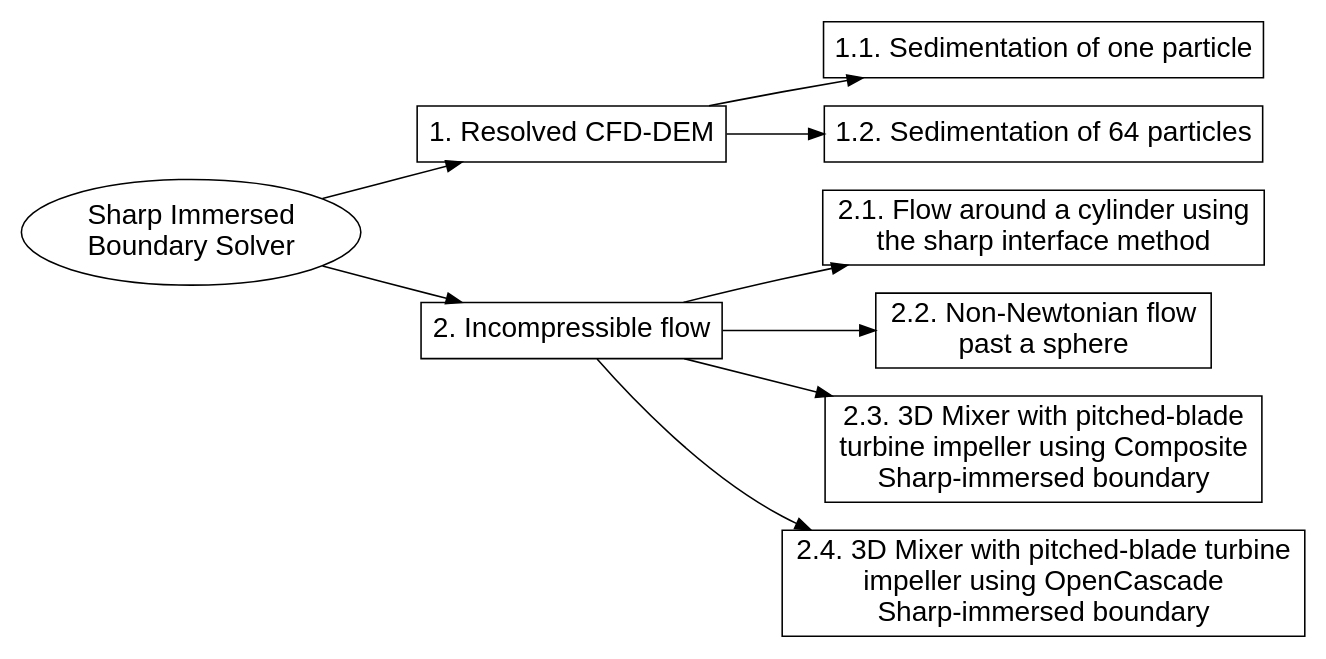
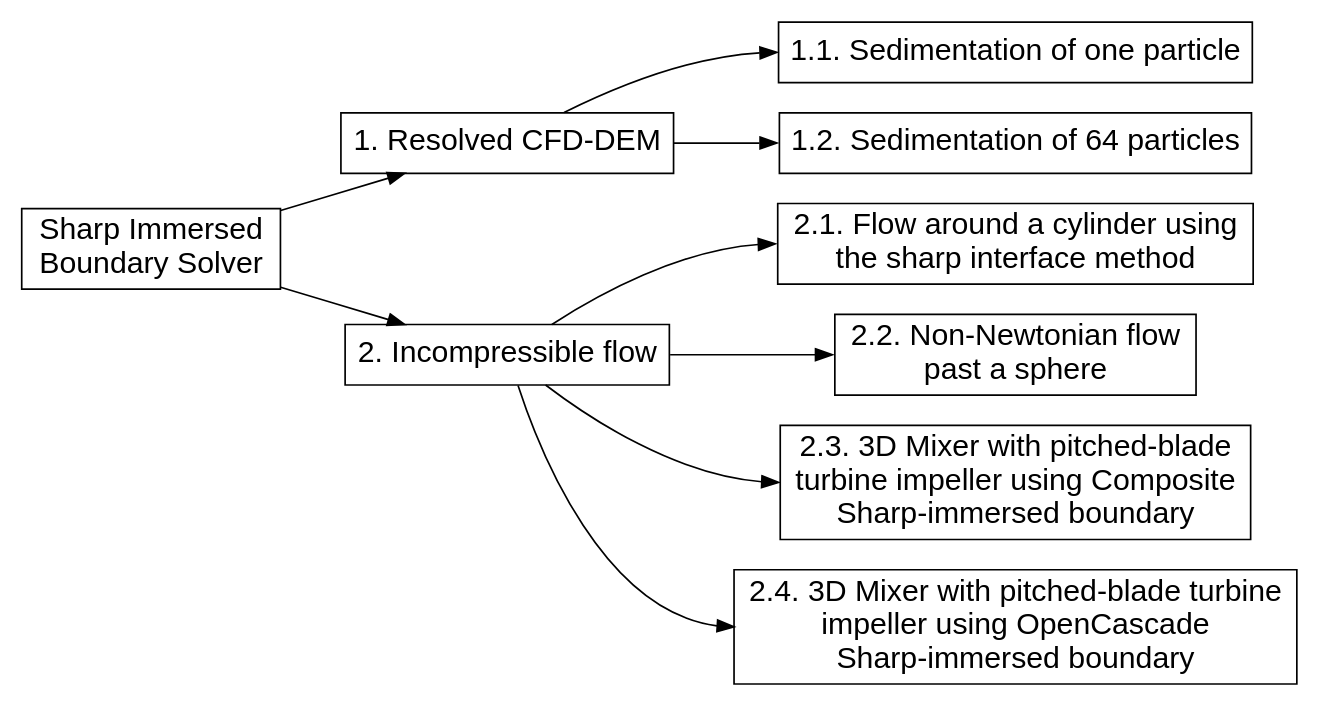
The diagram in doc/source/examples/sharp-immersed-boundary-solver/sharp-immersed-boundary-solver.rst (chaos-polymtl/lethe), drawn with Graphviz before and after one commit. The commit also changed other lines of this file and 5 other files, not shown here.

```diff
--- a/doc/source/examples/sharp-immersed-boundary-solver/sharp-immersed-boundary-solver.rst
+++ b/doc/source/examples/sharp-immersed-boundary-solver/sharp-immersed-boundary-solver.rst
@@ -13,39 +14,39 @@
 .. graphviz:: 
 
     digraph sharp_diagram {
       graph [align=true];
-      node [fontname=Arial, fontsize=18];
+      node [fontname=Arial, fontsize=18, shape=box];
       center=true;
       fontname="Comic Sans MS";
       fontsize = "20";
       rankdir="LR";
       size = "9,9";
       
       sharp_immersed_boundary_solver [label="Sharp Immersed \nBoundary Solver", href="https://lethe-cfd.github.io/lethe/examples/sharp-immersed-boundary-solver/sharp-immersed-boundary-solver.html"];
 
-      sharp_1 [label="1. Resolved CFD-DEM",shape=polygon,sides=4, href="https://lethe-cfd.github.io/lethe/examples/sharp-immersed-boundary-solver/resolved-cfd-dem.html"];   
+      sharp_1 [label="1. Resolved CFD-DEM", href="https://lethe-cfd.github.io/lethe/examples/sharp-immersed-boundary-solver/resolved-cfd-dem.html"];   
 
-      sharp_1_1 [label="1.1. Sedimentation of one particle",shape=polygon,sides=4, href="https://lethe-cfd.github.io/lethe/examples/sharp-immersed-boundary-solver/sedimentation-1-particle/sedimentation-1-particle.html"]; 
+      sharp_1_1 [label="1.1. Sedimentation of one particle", href="https://lethe-cfd.github.io/lethe/examples/sharp-immersed-boundary-solver/sedimentation-1-particle/sedimentation-1-particle.html"]; 
 
-      sharp_1_2 [label="1.2. Sedimentation of 64 particles",shape=polygon,sides=4, href="https://lethe-cfd.github.io/lethe/examples/sharp-immersed-boundary-solver/sedimentation-64-particles/sedimentation-64-particles.html"]; 
+      sharp_1_2 [label="1.2. Sedimentation of 64 particles", href="https://lethe-cfd.github.io/lethe/examples/sharp-immersed-boundary-solver/sedimentation-64-particles/sedimentation-64-particles.html"]; 
 
-      sharp_2 [label="2. Incompressible flow",shape=polygon,sides=4, href="https://lethe-cfd.github.io/lethe/examples/sharp-immersed-boundary-solver/incompressible-flow.html"];  
+      sharp_2 [label="2. Incompressible flow", href="https://lethe-cfd.github.io/lethe/examples/sharp-immersed-boundary-solver/incompressible-flow.html"];  
 
-      sharp_2_1 [label="2.1. Flow around a cylinder using \nthe sharp interface method",shape=polygon,sides=4, href="https://lethe-cfd.github.io/lethe/examples/sharp-immersed-boundary-solver/cylinder-with-sharp-interface/cylinder-with-sharp-interface.html"]; 
+      sharp_2_1 [label="2.1. Flow around a cylinder using \nthe sharp interface method", href="https://lethe-cfd.github.io/lethe/examples/sharp-immersed-boundary-solver/cylinder-with-sharp-interface/cylinder-with-sharp-interface.html"]; 
 
-      sharp_2_2 [label="2.2. Non-Newtonian flow \npast a sphere",shape=polygon,sides=4, href="https://lethe-cfd.github.io/lethe/examples/sharp-immersed-boundary-solver/sphere-carreau-with-sharp-interface/sphere-carreau-with-sharp-interface.html"]; 
+      sharp_2_2 [label="2.2. Non-Newtonian flow \npast a sphere", href="https://lethe-cfd.github.io/lethe/examples/sharp-immersed-boundary-solver/sphere-carreau-with-sharp-interface/sphere-carreau-with-sharp-interface.html"]; 
 
-      sharp_2_3 [label="2.3. 3D Mixer with pitched-blade \nturbine impeller using Composite \nSharp-immersed boundary",shape=polygon,sides=4, href="https://lethe-cfd.github.io/lethe/examples/sharp-immersed-boundary-solver/3d-composite-mixer-with-pbt-impeller/3d-composite-mixer-with-pbt-impeller.html"]; 
+      sharp_2_3 [label="2.3. 3D Mixer with pitched-blade \nturbine impeller using Composite \nSharp-immersed boundary", href="https://lethe-cfd.github.io/lethe/examples/sharp-immersed-boundary-solver/3d-composite-mixer-with-pbt-impeller/3d-composite-mixer-with-pbt-impeller.html"]; 
 
-      sharp_2_4 [label="2.4. 3D Mixer with pitched-blade turbine \nimpeller using OpenCascade \nSharp-immersed boundary",shape=polygon,sides=4, href="https://lethe-cfd.github.io/lethe/examples/sharp-immersed-boundary-solver/3d-opencascade-mixer-with-pbt-impeller/3d-opencascade-mixer-with-pbt-impeller.html"]; 
+      sharp_2_4 [label="2.4. 3D Mixer with pitched-blade turbine \nimpeller using OpenCascade \nSharp-immersed boundary", href="https://lethe-cfd.github.io/lethe/examples/sharp-immersed-boundary-solver/3d-opencascade-mixer-with-pbt-impeller/3d-opencascade-mixer-with-pbt-impeller.html"]; 
 
       sharp_immersed_boundary_solver -> sharp_1
       sharp_immersed_boundary_solver -> sharp_2
 
-      sharp_1 -> sharp_1_1;
-      sharp_1 -> sharp_1_2;
-      sharp_2 -> sharp_2_1;
-      sharp_2 -> sharp_2_2;
-      sharp_2 -> sharp_2_3;
-      sharp_2 -> sharp_2_4;
+      sharp_1 -> sharp_1_1:w;
+      sharp_1 -> sharp_1_2:w;
+      sharp_2 -> sharp_2_1:w;
+      sharp_2 -> sharp_2_2:w;
+      sharp_2 -> sharp_2_3:w;
+      sharp_2 -> sharp_2_4:w;
     }
```
